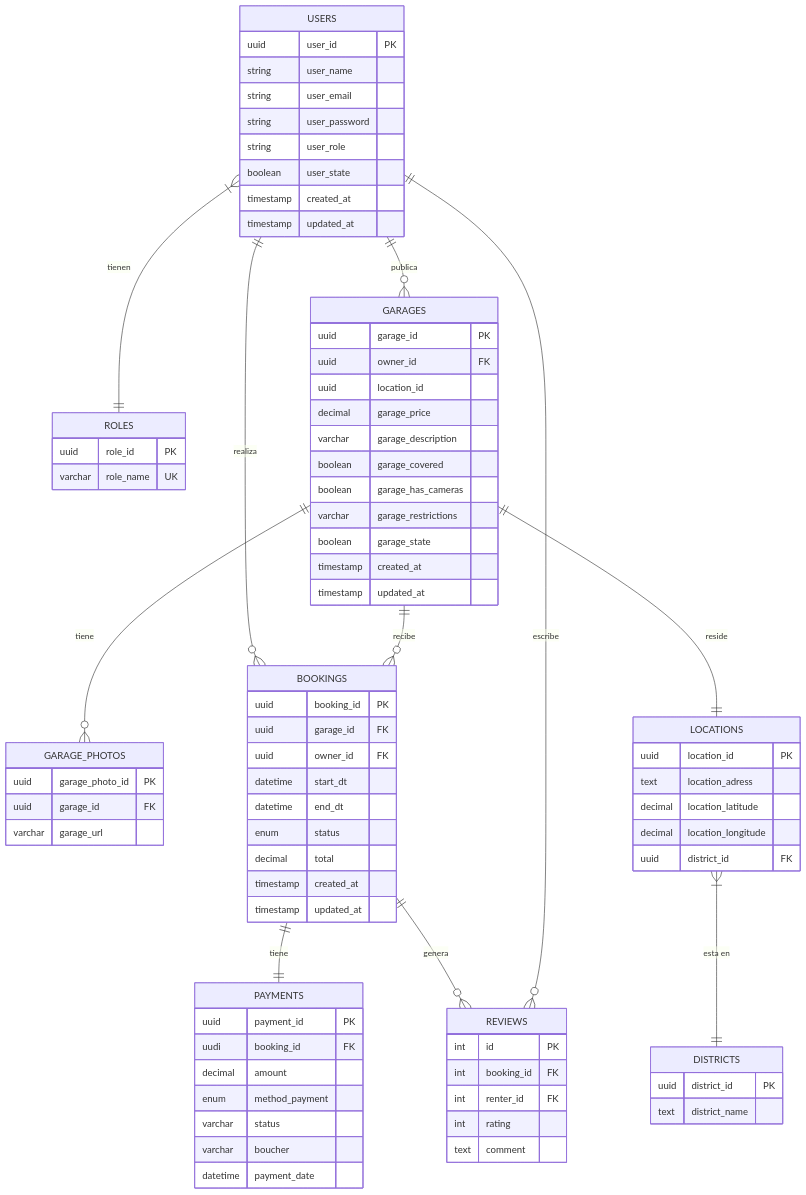
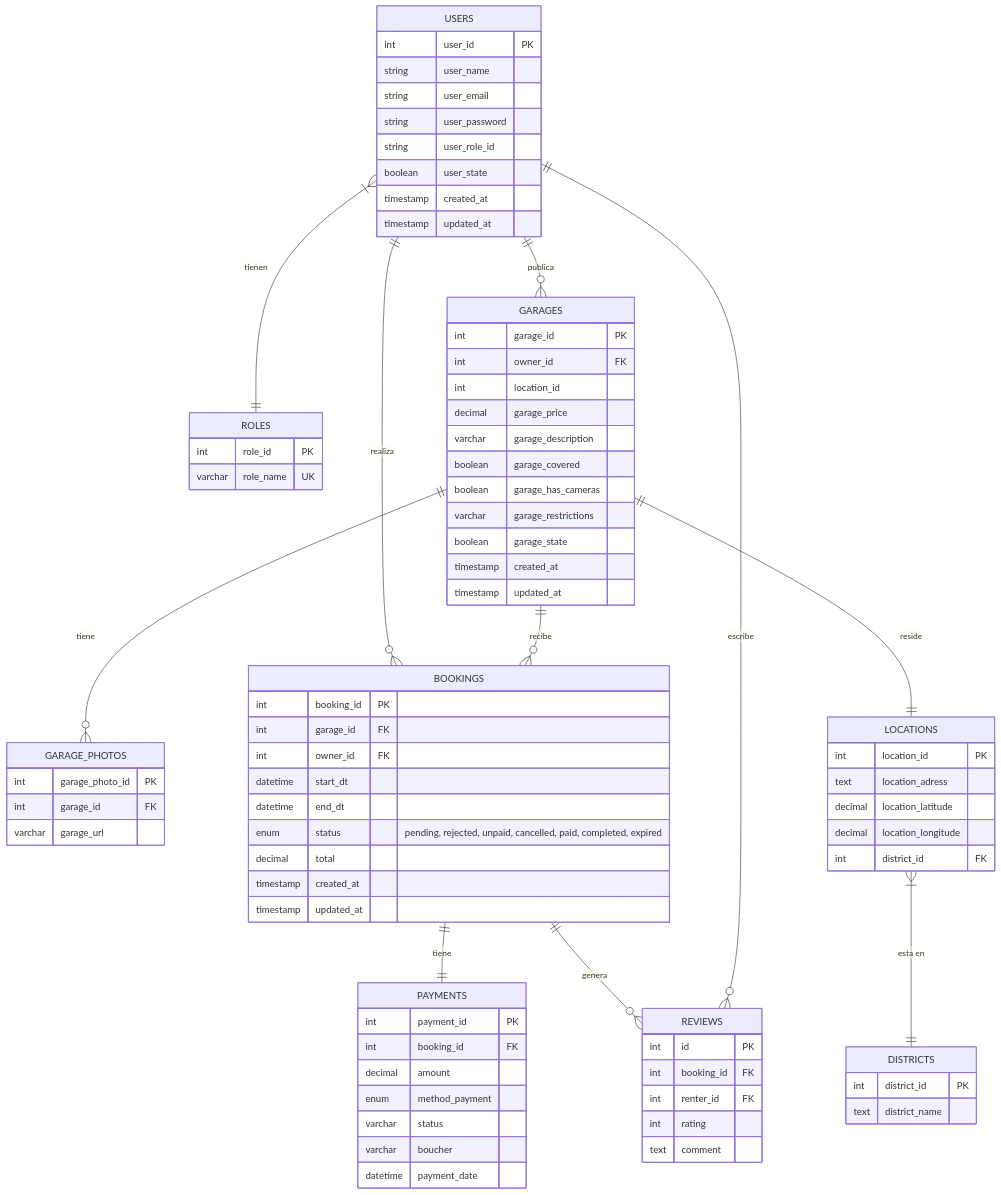
One commit to BrayanYinLin/estaciona-ya changed the diagram in docs/models/erd.mmd. Above: the diagram before and after it, drawn with Mermaid.

Commit message:
fix(docs): erd diagram, uuids changed to int identity

```diff
--- a/docs/models/erd.mmd
+++ b/docs/models/erd.mmd
@@ -1,92 +1,92 @@
 erDiagram
     USERS {
-        uuid user_id PK
+        int user_id PK
         string user_name
         string user_email
         string user_password
-        string user_role
+        string user_role_id
         boolean user_state
         timestamp created_at
         timestamp updated_at
     }
 
     ROLES {
-       uuid role_id PK
+       int role_id PK
        varchar role_name UK
     }
 
     GARAGES {
-        uuid garage_id PK
-        uuid owner_id FK
-        uuid location_id
+        int garage_id PK
+        int owner_id FK
+        int location_id
         decimal garage_price
         varchar garage_description
         boolean garage_covered
         boolean garage_has_cameras
         varchar garage_restrictions
         boolean garage_state
         timestamp created_at
         timestamp updated_at
     }
 
     GARAGE_PHOTOS {
-        uuid garage_photo_id PK
-        uuid garage_id FK
+        int garage_photo_id PK
+        int garage_id FK
         varchar garage_url
     }
 
     BOOKINGS {
-        uuid booking_id PK
-        uuid garage_id FK
-        uuid owner_id FK
+        int booking_id PK
+        int garage_id FK
+        int owner_id FK
         datetime start_dt
         datetime end_dt
-        enum status
+        enum status "pending, rejected, unpaid, cancelled, paid, completed, expired"
         decimal total
         timestamp created_at
         timestamp updated_at
     }
 
     PAYMENTS {
-        uuid payment_id PK
-        uudi booking_id FK
+        int payment_id PK
+        int booking_id FK
         decimal amount
         enum method_payment
         varchar status
         varchar boucher
         datetime payment_date
     }
 
     REVIEWS {
         int id PK
         int booking_id FK
         int renter_id FK
         int rating
         text comment
     }
 
     DISTRICTS {
-        uuid district_id PK
+        int district_id PK
         text district_name
     }
     
     LOCATIONS {
-        uuid location_id PK
+        int location_id PK
         text location_adress
         decimal location_latitude
         decimal location_longitude
-        uuid district_id FK
+        int district_id FK
     }
 
     USERS ||--o{ GARAGES : "publica"
     USERS ||--o{ BOOKINGS : "realiza"
     USERS  }|--|| ROLES: "tienen"
     
     GARAGES ||--o{ BOOKINGS : "recibe"
     GARAGES ||--o{ GARAGE_PHOTOS : "tiene"
     GARAGES ||--|| LOCATIONS : "reside"
     
     BOOKINGS ||--|| PAYMENTS : "tiene"
     BOOKINGS ||--o{ REVIEWS : "genera"
     USERS ||--o{ REVIEWS : "escribe"
     LOCATIONS }|--|| DISTRICTS: "esta en"
```
